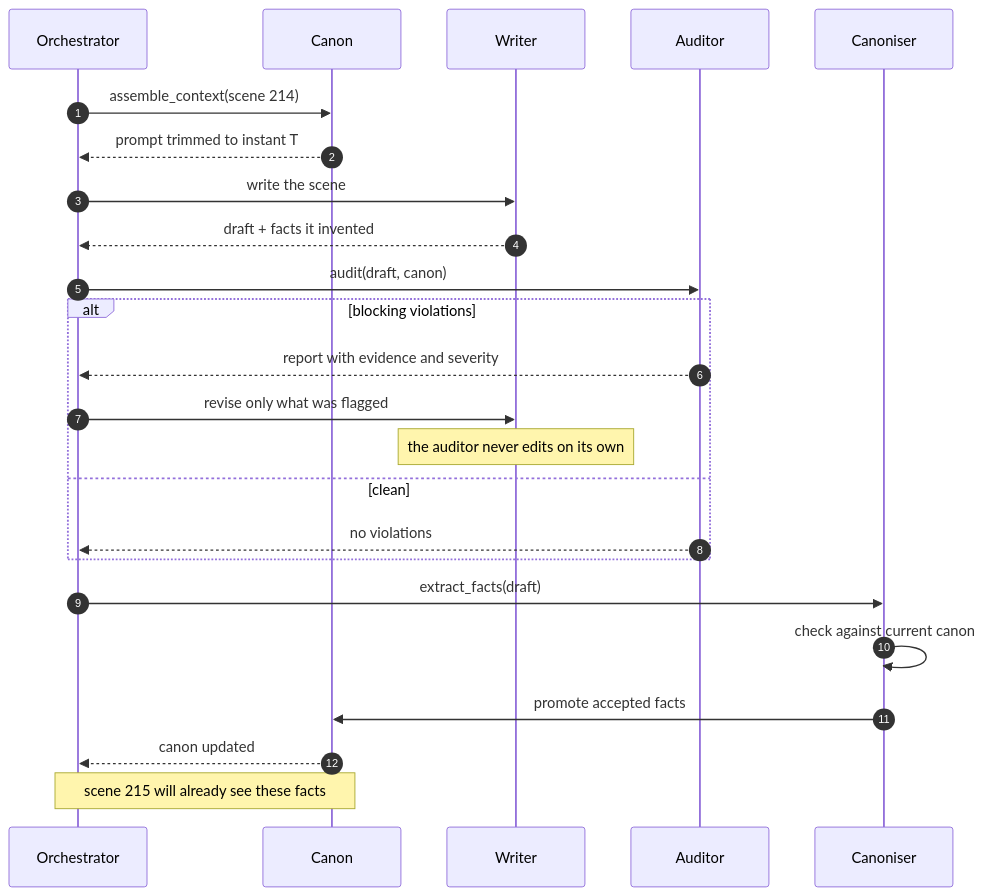
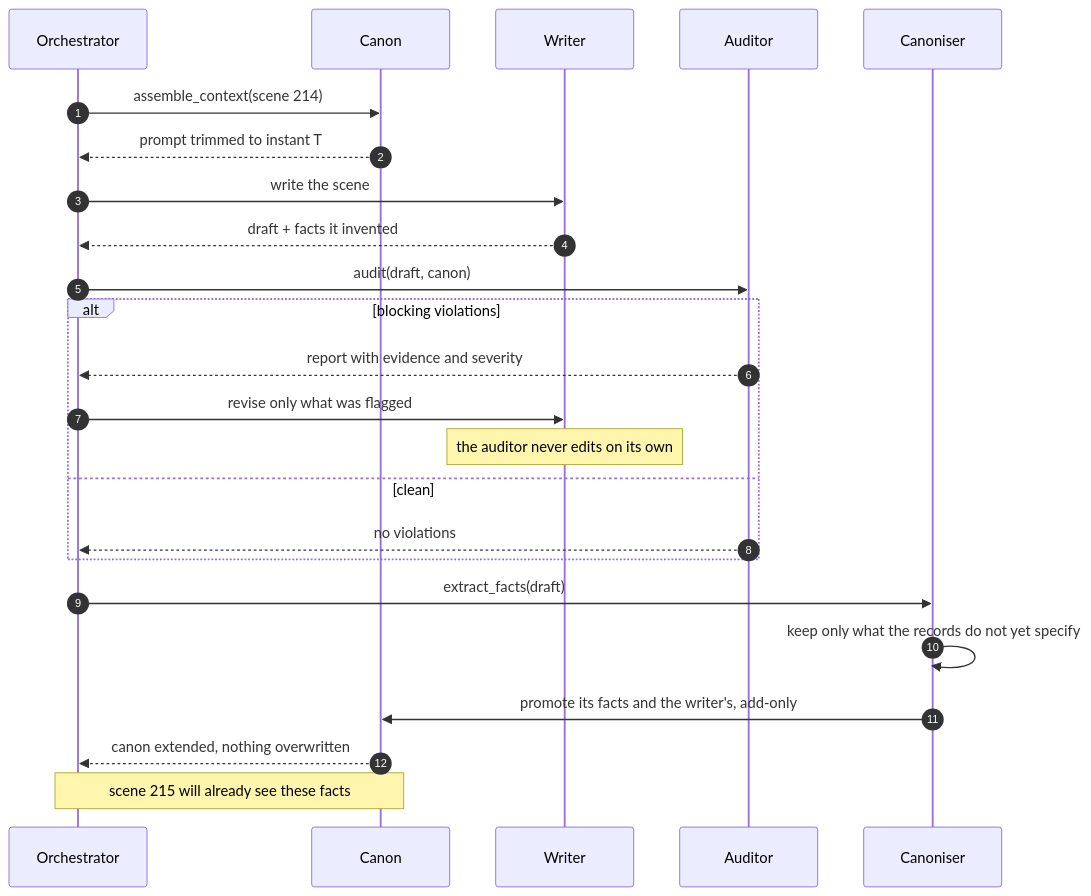
One commit to ignacio-hurtado-qaracter/My-Story-Marker changed the fifth of 5 diagrams in docs/architecture.md. Above: the diagram before and after it, drawn with Mermaid. The commit also changed other lines of this file and 1 other file, not shown here.

First line of the commit message:
docs: promotion is add-only; the canoniser adds only what canon does not specify

````diff
--- a/docs/architecture.md
+++ b/docs/architecture.md
@@ -480,29 +518,29 @@
 ```mermaid
 sequenceDiagram
   autonumber
   participant O as Orchestrator
   participant K as Canon
   participant W as Writer
   participant A as Auditor
   participant C as Canoniser
 
   O->>K: assemble_context(scene 214)
   K-->>O: prompt trimmed to instant T
   O->>W: write the scene
   W-->>O: draft + facts it invented
   O->>A: audit(draft, canon)
 
   alt blocking violations
     A-->>O: report with evidence and severity
     O->>W: revise only what was flagged
     Note over W: the auditor never edits on its own
   else clean
     A-->>O: no violations
   end
 
   O->>C: extract_facts(draft)
-  C->>C: check against current canon
-  C->>K: promote accepted facts
-  K-->>O: canon updated
+  C->>C: keep only what the records do not yet specify
+  C->>K: promote its facts and the writer's, add-only
+  K-->>O: canon extended, nothing overwritten
   Note over O,K: scene 215 will already see these facts
 ```
````
